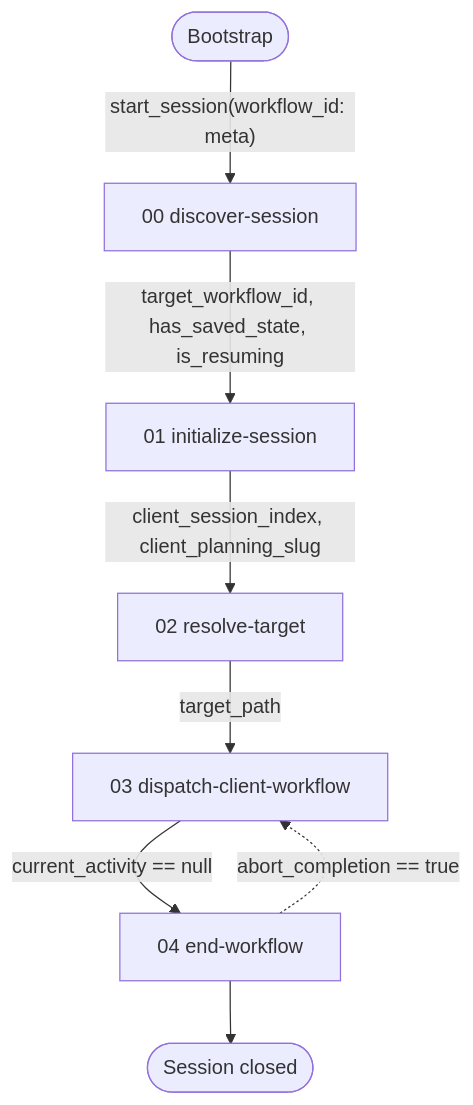
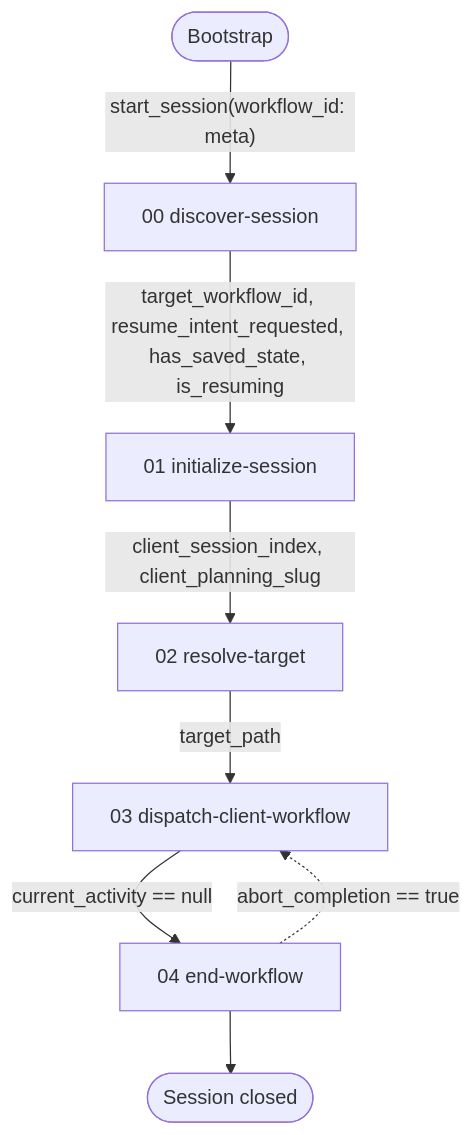
One commit to m2ux/workflow-server changed the diagram in meta/README.md. Above: the diagram before and after it, drawn with Mermaid. The commit also changed other lines of this file and 7 other files, not shown here.

````diff
--- a/meta/README.md
+++ b/meta/README.md
@@ -37,10 +37,10 @@
 ```mermaid
 graph TD
     startNode(["Bootstrap"]) -->|"start_session(workflow_id: meta)"| DS["00 discover-session"]
-    DS -->|"target_workflow_id, has_saved_state, is_resuming"| INI["01 initialize-session"]
+    DS -->|"target_workflow_id, resume_intent_requested, has_saved_state, is_resuming"| INI["01 initialize-session"]
     INI -->|"client_session_index, client_planning_slug"| RT["02 resolve-target"]
     RT -->|"target_path"| DSP["03 dispatch-client-workflow"]
     DSP -->|"current_activity == null"| END["04 end-workflow"]
     END -.->|"abort_completion == true"| DSP
     END --> doneNode(["Session closed"])
 ```
````
